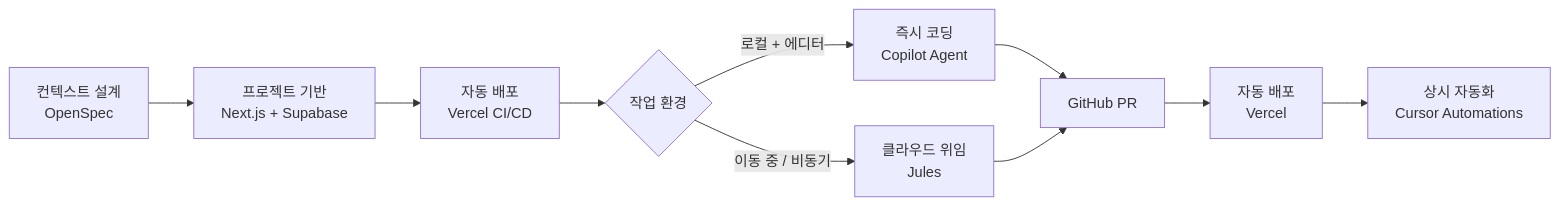
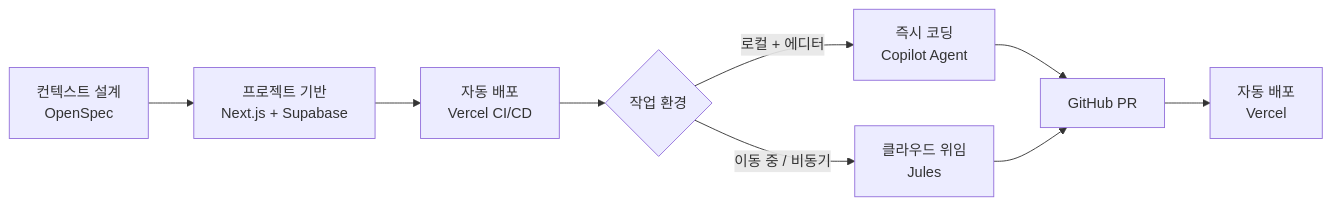
One commit to Mike-kor/my-agent-docs changed the first of 2 diagrams in index.md. Above: the diagram before and after it, drawn with Mermaid. The commit also changed other lines of this file and 1 other file, not shown here.

Commit message:
docs: Cursor Automations 섹션 → 요약 callout으로 축소, 사내 매핑 GitLab 제거·ArgoCD→Jarvis, 난이도 영문 표기

```diff
--- a/index.md
+++ b/index.md
@@ -566,12 +565,11 @@
         <pre class="mermaid">
 flowchart LR
     A[컨텍스트 설계\nOpenSpec] --> B[프로젝트 기반\nNext.js + Supabase]
     B --> C[자동 배포\nVercel CI/CD]
     C --> D{작업 환경}
     D -->|로컬 + 에디터| E[즉시 코딩\nCopilot Agent]
     D -->|이동 중 / 비동기| F[클라우드 위임\nJules]
     E --> G[GitHub PR]
     F --> G
     G --> H[자동 배포\nVercel]
-    H --> I[상시 자동화\nCursor Automations]
         </pre>
```
